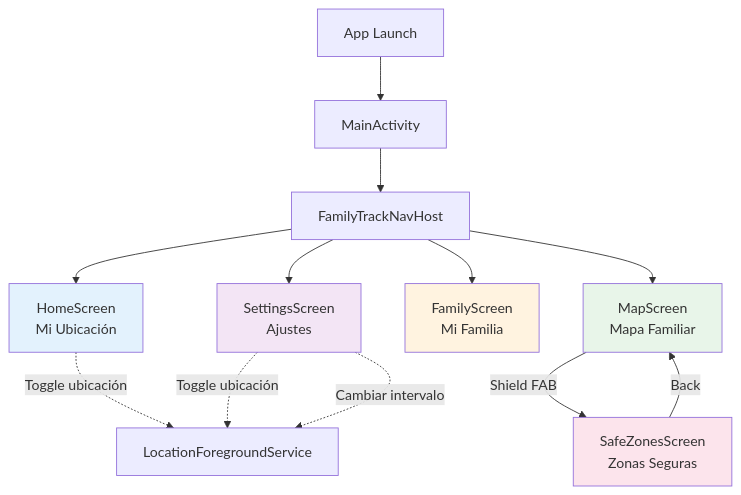
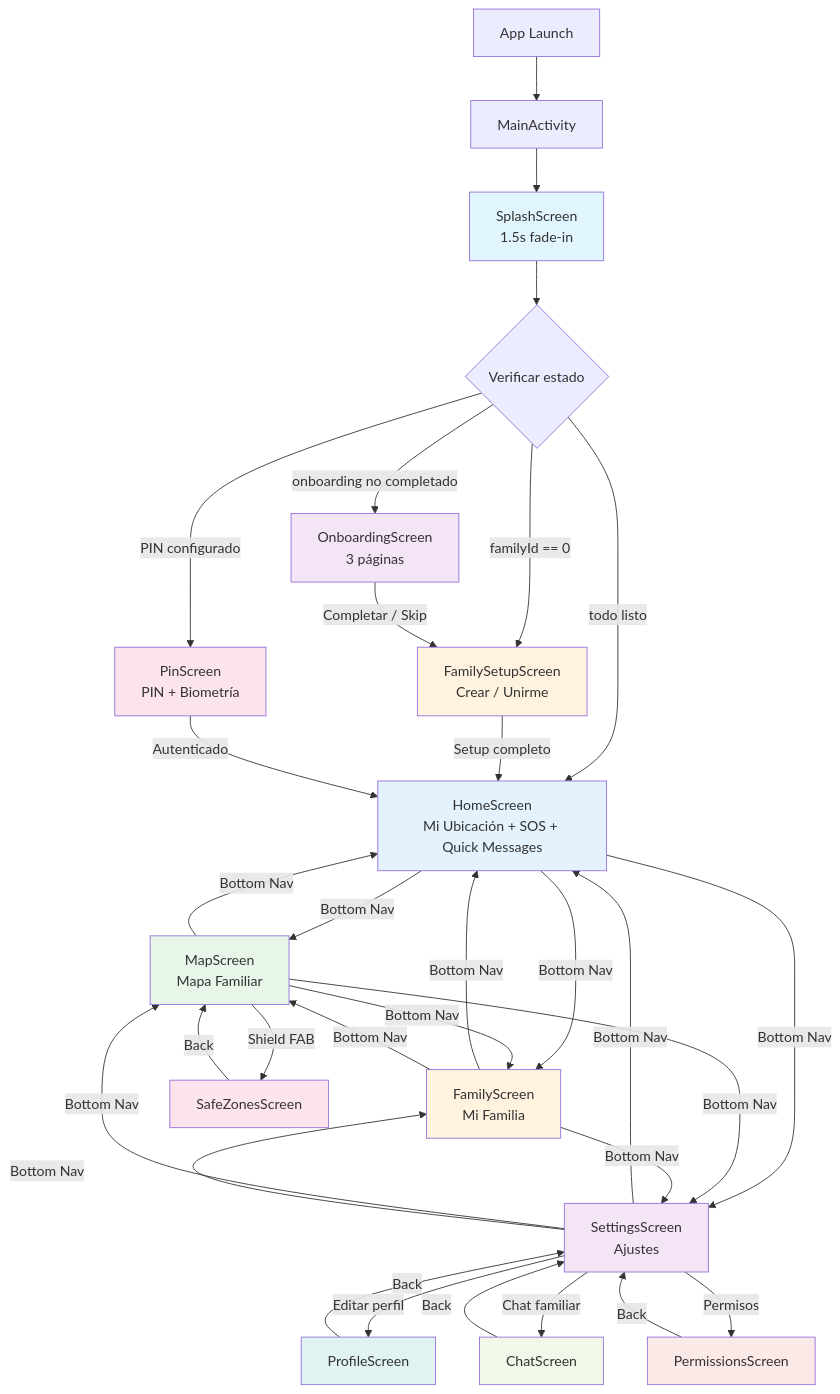
Before and after one commit to monghithub/familitrack: diagram 16 of 16 in docs/architecture.md, drawn with Mermaid. The commit also changed other lines of this file and 7 other files, not shown here.

````diff
--- a/docs/architecture.md
+++ b/docs/architecture.md
@@ -440,22 +726,54 @@
 ```mermaid
 graph TD
     START[App Launch] --> MA[MainActivity]
-    MA --> NAV[FamilyTrackNavHost]
-    NAV --> HOME[HomeScreen<br/>Mi Ubicación]
-    NAV --> MAP[MapScreen<br/>Mapa Familiar]
-    NAV --> FAM[FamilyScreen<br/>Mi Familia]
-    NAV --> SET[SettingsScreen<br/>Ajustes]
+    MA --> SPLASH[SplashScreen<br/>1.5s fade-in]
 
-    MAP -->|Shield FAB| SZ[SafeZonesScreen<br/>Zonas Seguras]
+    SPLASH --> CHECK{Verificar estado}
+
+    CHECK -->|onboarding no completado| ONB[OnboardingScreen<br/>3 páginas]
+    CHECK -->|familyId == 0| FSETUP[FamilySetupScreen<br/>Crear / Unirme]
+    CHECK -->|PIN configurado| PIN[PinScreen<br/>PIN + Biometría]
+    CHECK -->|todo listo| HOME
+
+    ONB -->|Completar / Skip| FSETUP
+    FSETUP -->|Setup completo| HOME
+    PIN -->|Autenticado| HOME
+
+    HOME[HomeScreen<br/>Mi Ubicación + SOS + Quick Messages] --> |Bottom Nav| MAP
+    HOME --> |Bottom Nav| FAM
+    HOME --> |Bottom Nav| SET
+
+    MAP[MapScreen<br/>Mapa Familiar] --> |Bottom Nav| HOME
+    MAP --> |Bottom Nav| FAM
+    MAP --> |Bottom Nav| SET
+    MAP -->|Shield FAB| SZ[SafeZonesScreen]
+
+    FAM[FamilyScreen<br/>Mi Familia] --> |Bottom Nav| HOME
+    FAM --> |Bottom Nav| MAP
+    FAM --> |Bottom Nav| SET
+
+    SET[SettingsScreen<br/>Ajustes] --> |Bottom Nav| HOME
+    SET --> |Bottom Nav| MAP
+    SET --> |Bottom Nav| FAM
+    SET -->|Editar perfil| PROF[ProfileScreen]
+    SET -->|Chat familiar| CHAT[ChatScreen]
+    SET -->|Permisos| PERM[PermissionsScreen]
+
     SZ -->|Back| MAP
+    PROF -->|Back| SET
+    CHAT -->|Back| SET
+    PERM -->|Back| SET
 
-    HOME -.->|Toggle ubicación| LFS[LocationForegroundService]
-    SET -.->|Toggle ubicación| LFS
-    SET -.->|Cambiar intervalo| LFS
-
+    style SPLASH fill:#e1f5fe
+    style ONB fill:#f3e5f5
+    style FSETUP fill:#fff3e0
+    style PIN fill:#fce4ec
     style HOME fill:#e3f2fd
     style MAP fill:#e8f5e9
     style FAM fill:#fff3e0
     style SET fill:#f3e5f5
     style SZ fill:#fce4ec
+    style PROF fill:#e0f2f1
+    style CHAT fill:#f1f8e9
+    style PERM fill:#fbe9e7
 ```
````
